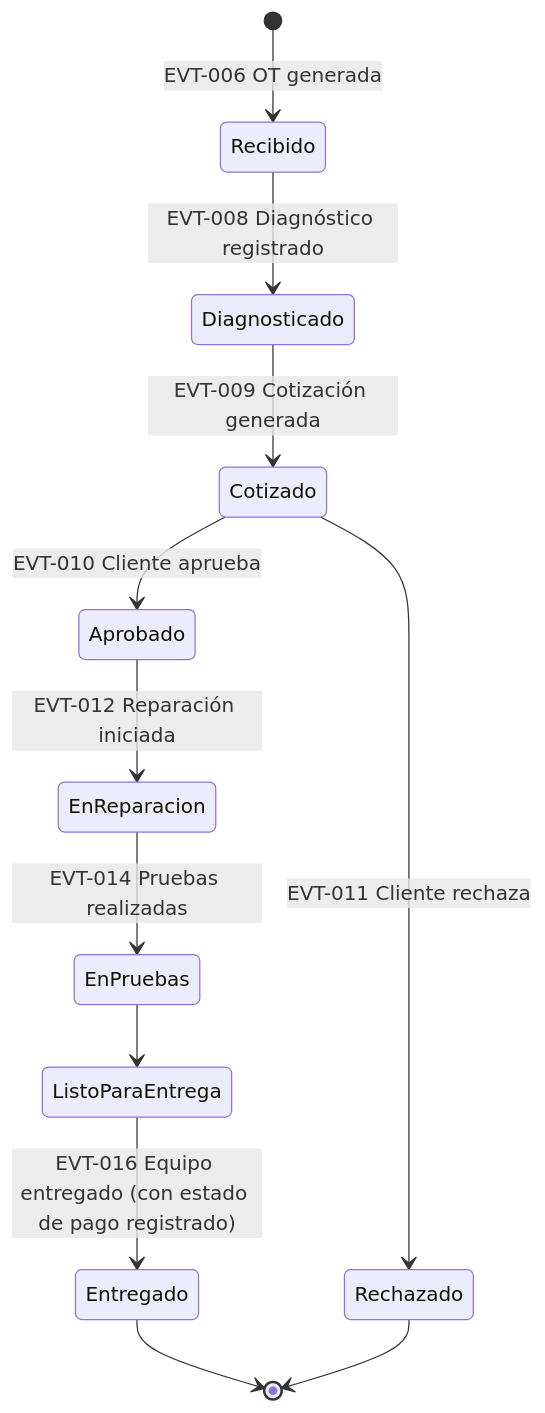
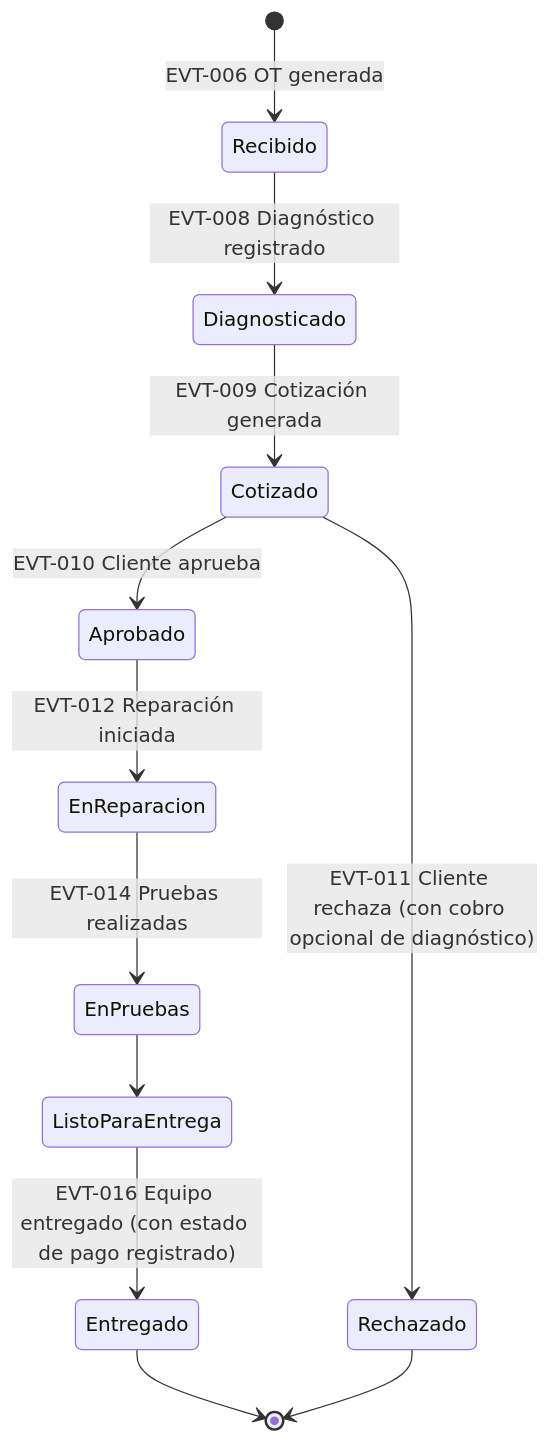
The first of 7 diagrams in docs/02-Business/Business-States.md (JoseAntonioZ1/ISARMIN-ERP), drawn with Mermaid before and after one commit. The commit also changed other lines of this file and 7 other files, not shown here.

````diff
--- a/docs/02-Business/Business-States.md
+++ b/docs/02-Business/Business-States.md
@@ -17,14 +17,14 @@
 ```mermaid
 stateDiagram-v2
     [*] --> Recibido: EVT-006 OT generada
     Recibido --> Diagnosticado: EVT-008 Diagnóstico registrado
     Diagnosticado --> Cotizado: EVT-009 Cotización generada
     Cotizado --> Aprobado: EVT-010 Cliente aprueba
-    Cotizado --> Rechazado: EVT-011 Cliente rechaza
+    Cotizado --> Rechazado: EVT-011 Cliente rechaza (con cobro opcional de diagnóstico)
     Aprobado --> EnReparacion: EVT-012 Reparación iniciada
     EnReparacion --> EnPruebas: EVT-014 Pruebas realizadas
     EnPruebas --> ListoParaEntrega
     ListoParaEntrega --> Entregado: EVT-016 Equipo entregado (con estado de pago registrado)
     Entregado --> [*]
     Rechazado --> [*]
 ```
````
